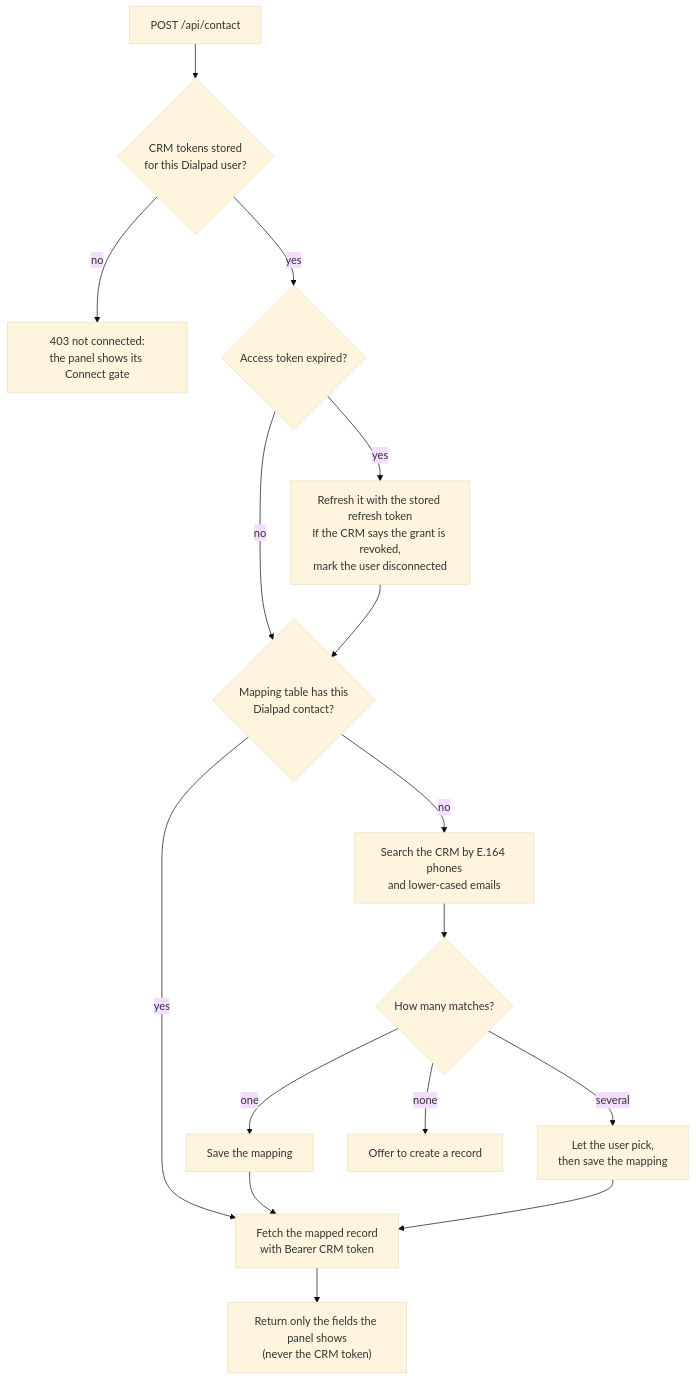
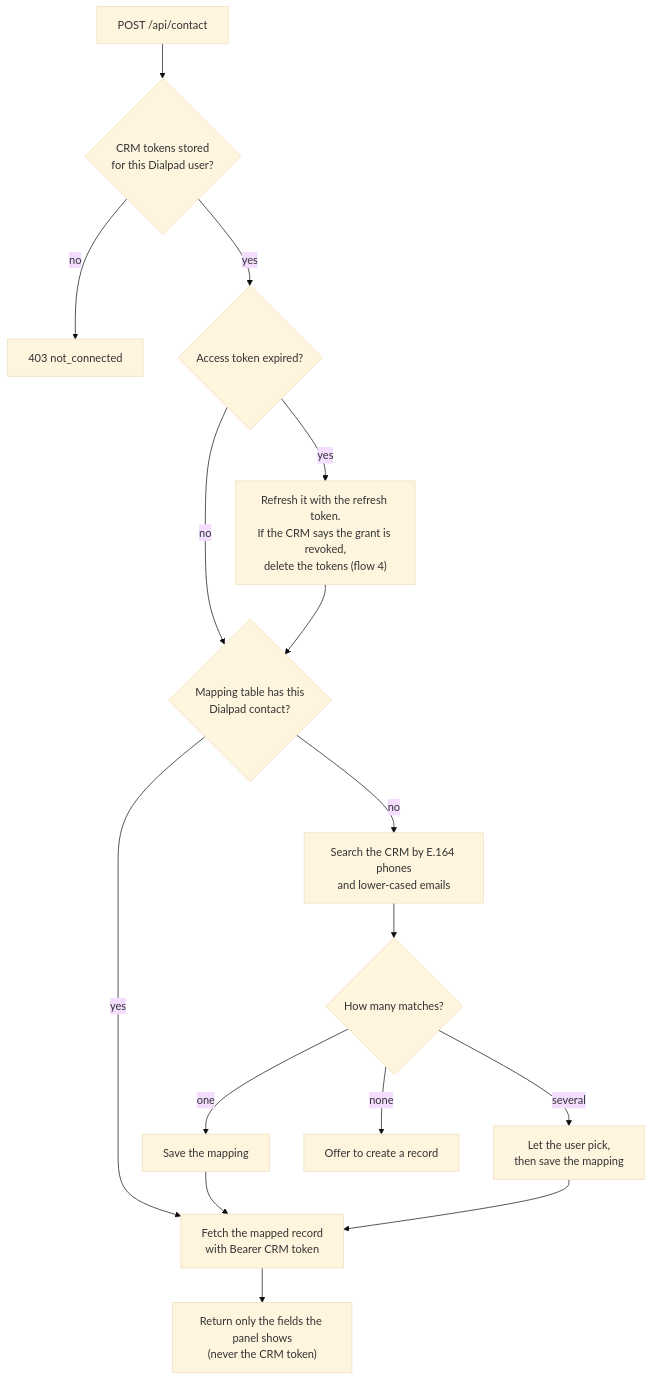
The eighth of 12 diagrams in FLOWS.md (dialpad/sample-dialapp-external), drawn with Mermaid (base theme) before and after one commit. The commit also changed other lines of this file and 2 other files, not shown here.

Commit message:
NO-JIRA: Rewrite FLOWS.md for a real partner app, add server-to-server and webhook flows (docs)

````diff
--- a/FLOWS.md
+++ b/FLOWS.md
@@ -380,16 +336,16 @@
 ```mermaid
 flowchart TD
   A["POST /api/contact"] --> B{"CRM tokens stored<br/>for this Dialpad user?"}
-  B -- no --> N["403 not connected:<br/>the panel shows its Connect gate"]
+  B -- no --> N["403 not_connected"]
   B -- yes --> R{"Access token expired?"}
-  R -- yes --> RF["Refresh it with the stored refresh token<br/>If the CRM says the grant is revoked,<br/>mark the user disconnected"]
+  R -- yes --> RF["Refresh it with the refresh token.<br/>If the CRM says the grant is revoked,<br/>delete the tokens (flow 4)"]
   R -- no --> M
   RF --> M{"Mapping table has this<br/>Dialpad contact?"}
   M -- yes --> F["Fetch the mapped record<br/>with Bearer CRM token"]
   M -- no --> Q["Search the CRM by E.164 phones<br/>and lower-cased emails"]
   Q --> X{"How many matches?"}
-  X -- one --> S["Save the mapping"] --> F
+  X -- one --> S1["Save the mapping"] --> F
   X -- several --> PK["Let the user pick,<br/>then save the mapping"] --> F
   X -- none --> CR["Offer to create a record"]
   F --> O["Return only the fields the panel shows<br/>(never the CRM token)"]
 ```
````
